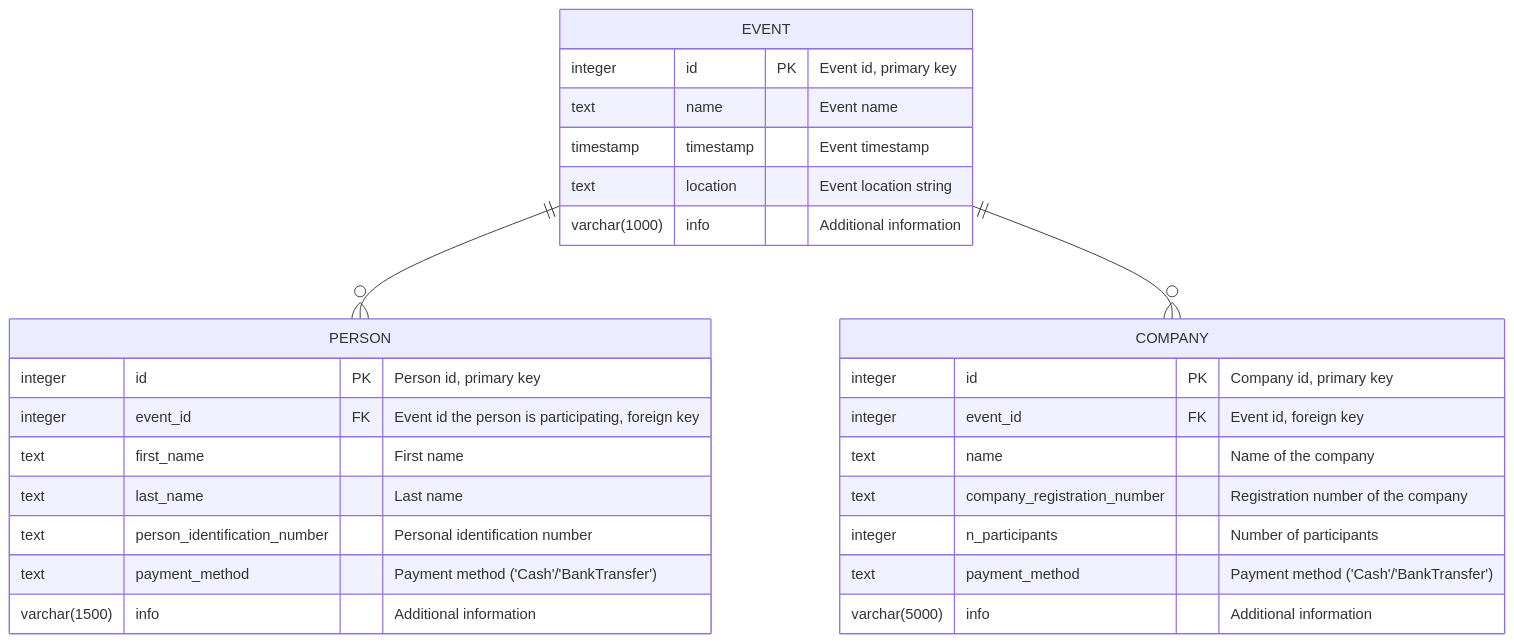
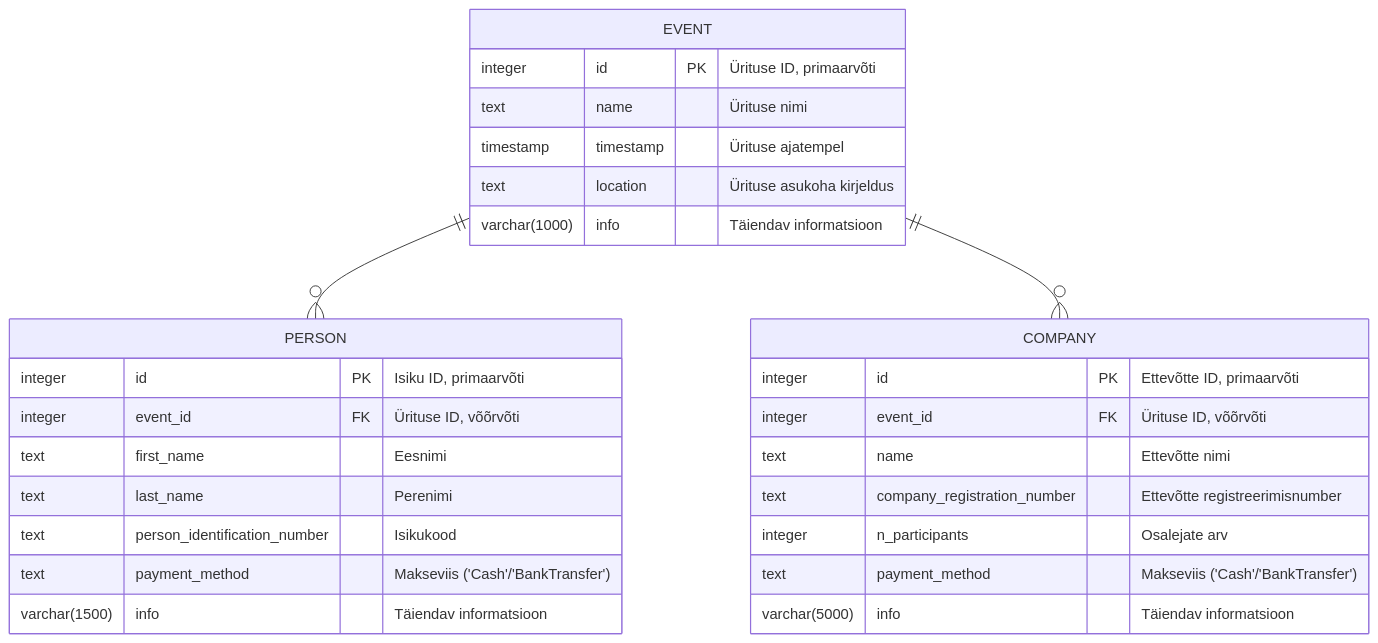
One commit to kongaskristjan/EventBooking changed the diagram in README.md. Above: the diagram before and after it, drawn with Mermaid. The commit also changed other lines of this file, not shown here.

Commit message:
Improve README

````diff
--- a/README.md
+++ b/README.md
@@ -5,31 +5,31 @@
 ```mermaid
 erDiagram
 
     EVENT {
-        integer id PK "Event id, primary key"
-        text name "Event name"
-        timestamp timestamp "Event timestamp"
-        text location "Event location string"
-        varchar(1000) info "Additional information"
+        integer id PK "Ürituse ID, primaarvõti"
+        text name "Ürituse nimi"
+        timestamp timestamp "Ürituse ajatempel"
+        text location "Ürituse asukoha kirjeldus"
+        varchar(1000) info "Täiendav informatsioon"
     }
     PERSON {
-        integer id PK "Person id, primary key"
-        integer event_id FK "Event id the person is participating, foreign key"
-        text first_name "First name"
-        text last_name "Last name"
-        text person_identification_number "Personal identification number"
-        text payment_method "Payment method ('Cash'/'BankTransfer')"
-        varchar(1500) info "Additional information"
+        integer id PK "Isiku ID, primaarvõti"
+        integer event_id FK "Ürituse ID, võõrvõti"
+        text first_name "Eesnimi"
+        text last_name "Perenimi"
+        text person_identification_number "Isikukood"
+        text payment_method "Makseviis ('Cash'/'BankTransfer')"
+        varchar(1500) info "Täiendav informatsioon"
     }
     COMPANY {
-        integer id PK "Company id, primary key"
-        integer event_id FK "Event id, foreign key"
-        text name "Name of the company"
-        text company_registration_number "Registration number of the company"
-        integer n_participants "Number of participants"
-        text payment_method "Payment method ('Cash'/'BankTransfer')"
-        varchar(5000) info "Additional information"
+        integer id PK "Ettevõtte ID, primaarvõti"
+        integer event_id FK "Ürituse ID, võõrvõti"
+        text name "Ettevõtte nimi"
+        text company_registration_number "Ettevõtte registreerimisnumber"
+        integer n_participants "Osalejate arv"
+        text payment_method "Makseviis ('Cash'/'BankTransfer')"
+        varchar(5000) info "Täiendav informatsioon"
     }
     EVENT ||--o{ PERSON : ""
     EVENT ||--o{ COMPANY : ""
 ```
````
